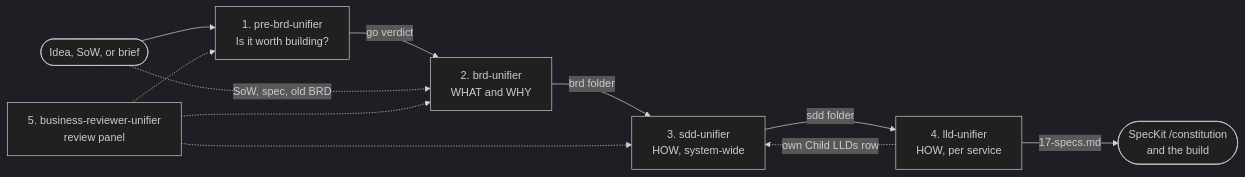
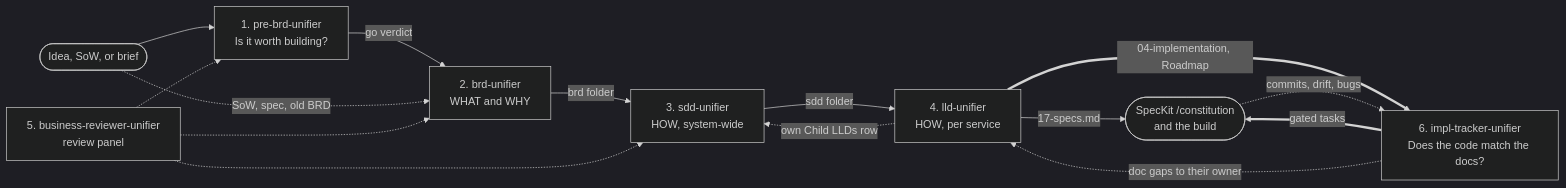
One commit to mhshahin01/builders-skills changed the first of 7 diagrams in README.md. Above: the diagram before and after it, drawn with Mermaid (dark theme). The commit also changed other lines of this file, not shown here.

Commit message:
docs: add impl-tracker-unifier as stage 6 and tutorialize-unifier as a companion in the README

````diff
--- a/README.md
+++ b/README.md
@@ -16,13 +19,17 @@
 ```mermaid
 flowchart LR
     idea(["Idea, SoW, or brief"]) --> pre["1. pre-brd-unifier<br/>Is it worth building?"]
     pre -->|"go verdict"| brd["2. brd-unifier<br/>WHAT and WHY"]
     idea -.->|"SoW, spec, old BRD"| brd
     brd -->|"brd folder"| sdd["3. sdd-unifier<br/>HOW, system-wide"]
     sdd -->|"sdd folder"| lld["4. lld-unifier<br/>HOW, per service"]
     lld -->|"17-specs.md"| build(["SpecKit /constitution<br/>and the build"])
     lld -.->|"own Child LLDs row"| sdd
+    lld ==>|"04-implementation, Roadmap"| trk["6. impl-tracker-unifier<br/>Does the code match the docs?"]
+    trk ==>|"gated tasks"| build
+    build -.->|"commits, drift, bugs"| trk
+    trk -.->|"doc gaps to their owner"| lld
     rev["5. business-reviewer-unifier<br/>review panel"] -.-> pre
     rev -.-> brd
     rev -.-> sdd
 ```
````
